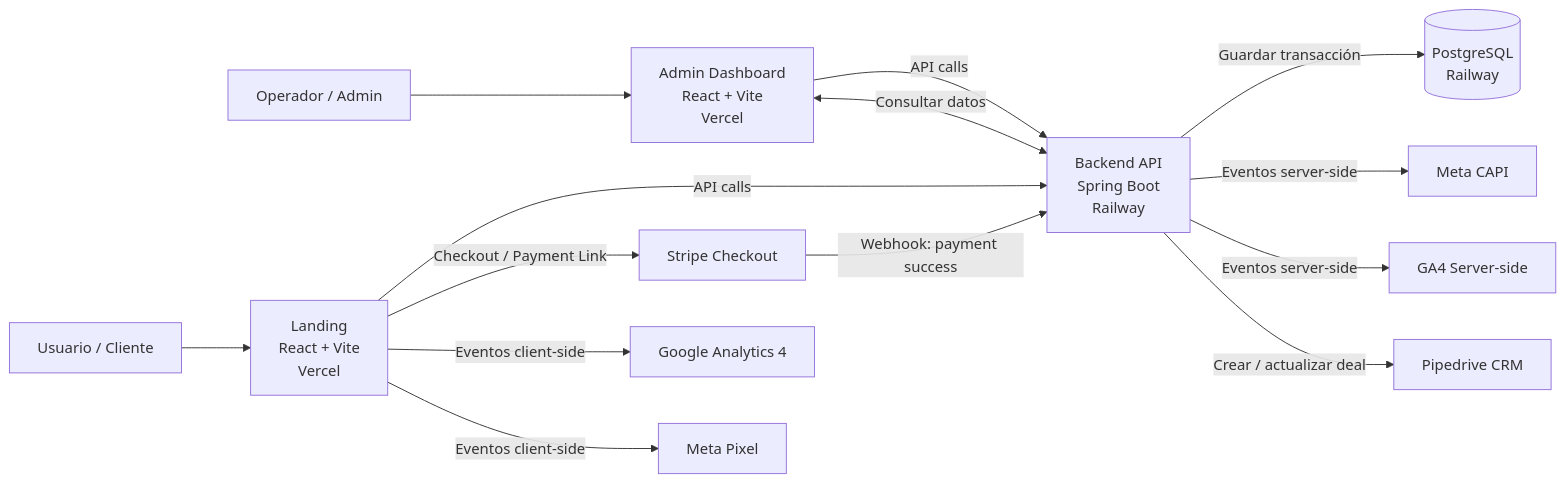
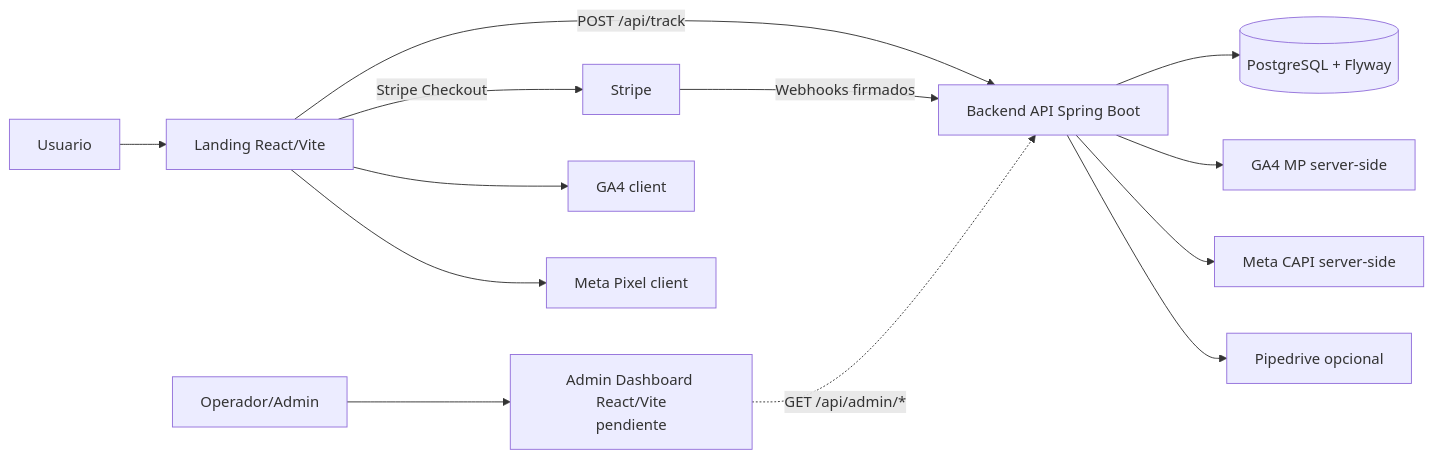
One commit to No-Country-simulation/S02-26-Equipo-15-Web-App-Development changed the first of 4 diagrams in README.md. Above: the diagram before and after it, drawn with Mermaid. The commit also changed other lines of this file and 5 other files, not shown here.

Commit message:
docs: refresh project, architecture and database documentation

````diff
--- a/README.md
+++ b/README.md
@@ -26,49 +36,18 @@
 ```mermaid
 flowchart LR
-  %% ===== Usuarios =====
-  U[Usuario / Cliente]
-  A[Operador / Admin]
+  U[Usuario] --> L[Landing React/Vite]
+  A[Operador/Admin] --> AD[Admin Dashboard React/Vite\npendiente]
 
-  %% ===== Frontend =====
-  L[Landing\nReact + Vite\nVercel]
-  AD[Admin Dashboard\nReact + Vite\nVercel]
+  L -->|POST /api/track| API[Backend API Spring Boot]
+  L -->|Stripe Checkout| ST[Stripe]
+  ST -->|Webhooks firmados| API
 
-  %% ===== Backend =====
-  API[Backend API\nSpring Boot\nRailway]
+  AD -.->|GET /api/admin/*| API
 
-  %% ===== Pagos =====
-  ST[Stripe Checkout]
-
-  %% ===== Datos =====
-  DB[(PostgreSQL\nRailway)]
-
-  %% ===== Tracking =====
-  GA[Google Analytics 4]
-  MP[Meta Pixel]
-  CAPI[Meta CAPI]
-  GMP[GA4 Server-side]
-
-  %% ===== CRM =====
-  PD[Pipedrive CRM]
-
-  %% ===== Flujos =====
-  U --> L
-  A --> AD
-
-  L -->|API calls| API
-  AD -->|API calls| API
-
-  L -->|Checkout / Payment Link| ST
-  ST -->|Webhook: payment success| API
-
-  API -->|Guardar transacción| DB
-  AD <-->|Consultar datos| API
-
-  L -->|Eventos client-side| GA
-  L -->|Eventos client-side| MP
-
-  API -->|Eventos server-side| CAPI
-  API -->|Eventos server-side| GMP
-
-  API -->|Crear / actualizar deal| PD
+  API --> DB[(PostgreSQL + Flyway)]
+  L --> GAC[GA4 client]
+  L --> MPC[Meta Pixel client]
+  API --> GASS[GA4 MP server-side]
+  API --> MCAPI[Meta CAPI server-side]
+  API --> PD[Pipedrive opcional]
 ```
````
